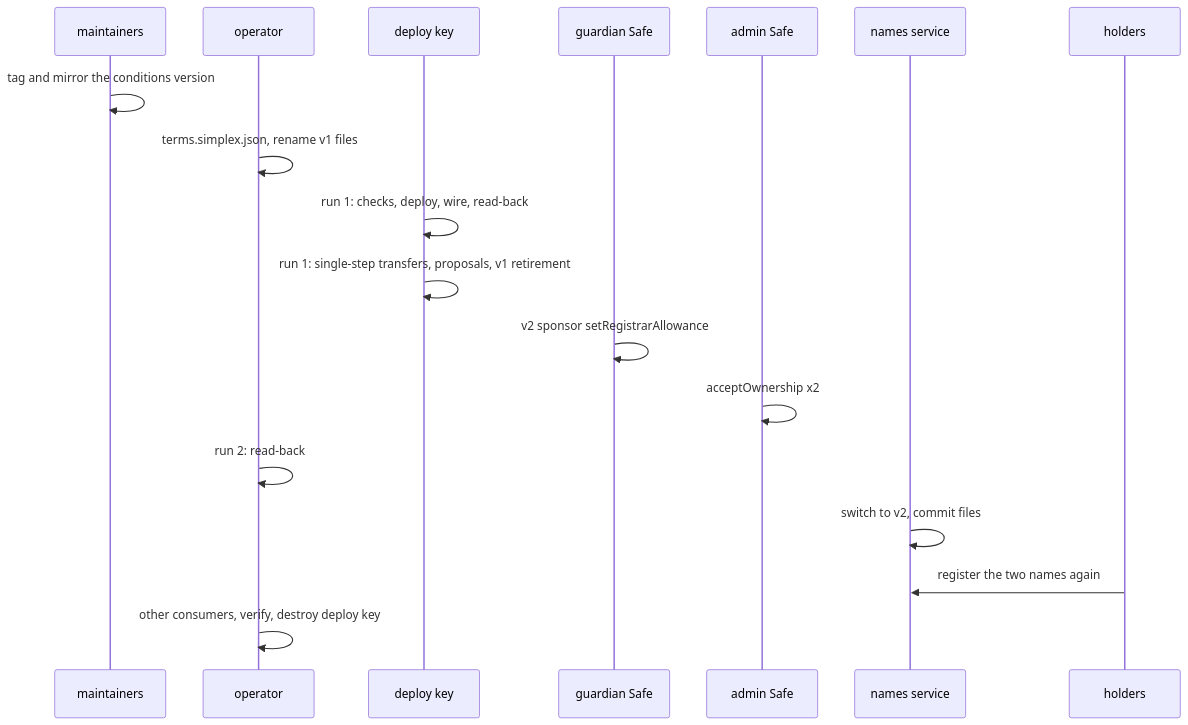
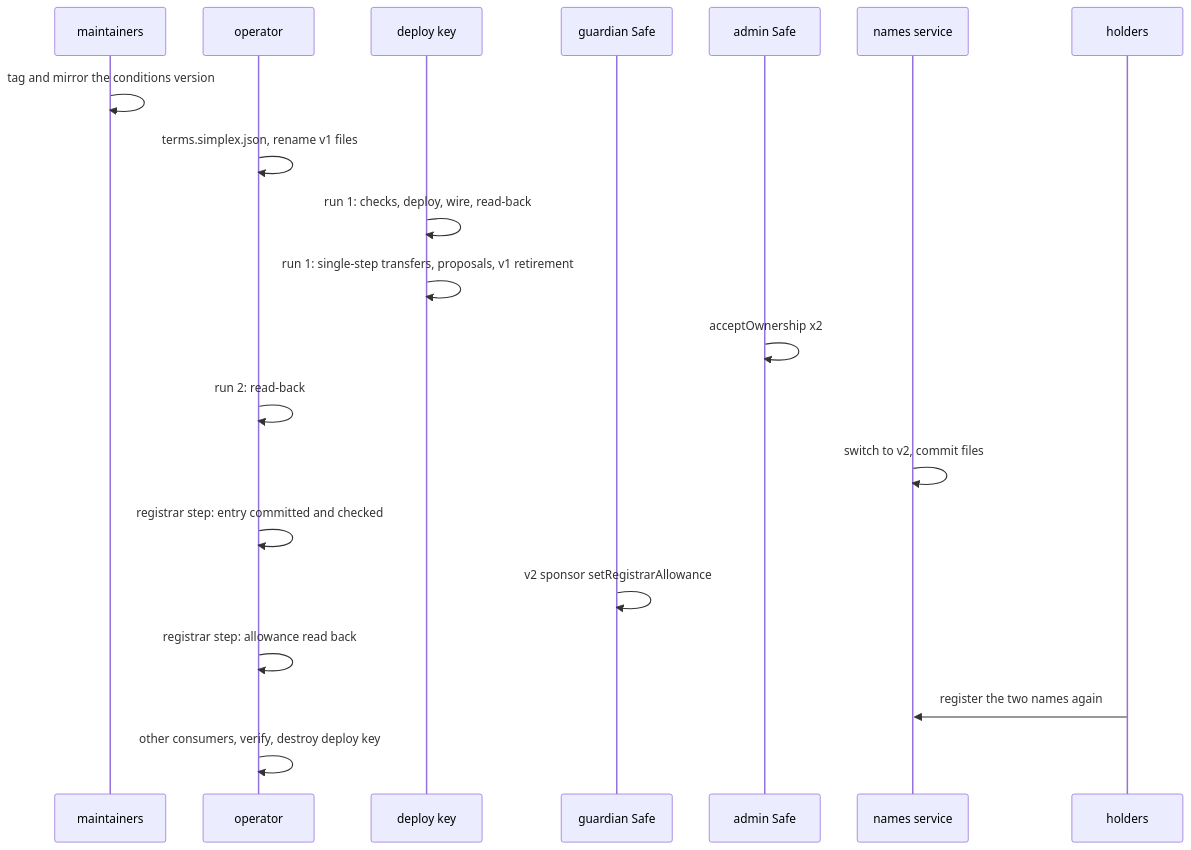
Before and after one commit to brenzi-agent/simplex-namespace-contract: the fifth of 7 diagrams in docs/plans/upgradeable-stack.md, drawn with Mermaid. The commit also changed other lines of this file and 1 other file, not shown here.

Commit message:
docs: plans with the registrar step, current pins and counts

````diff
--- a/docs/plans/upgradeable-stack.md
+++ b/docs/plans/upgradeable-stack.md
@@ -516,20 +525,22 @@
 ```mermaid
 sequenceDiagram
   participant M as maintainers
   participant O as operator
   participant D as deploy key
   participant G as guardian Safe
   participant A as admin Safe
   participant N as names service
   participant H as holders
   M->>M: tag and mirror the conditions version
   O->>O: terms.simplex.json, rename v1 files
   D->>D: run 1: checks, deploy, wire, read-back
   D->>D: run 1: single-step transfers, proposals, v1 retirement
-  G->>G: v2 sponsor setRegistrarAllowance
   A->>A: acceptOwnership x2
   O->>O: run 2: read-back
   N->>N: switch to v2, commit files
+  O->>O: registrar step: entry committed and checked
+  G->>G: v2 sponsor setRegistrarAllowance
+  O->>O: registrar step: allowance read back
   H->>N: register the two names again
   O->>O: other consumers, verify, destroy deploy key
 ```
````
